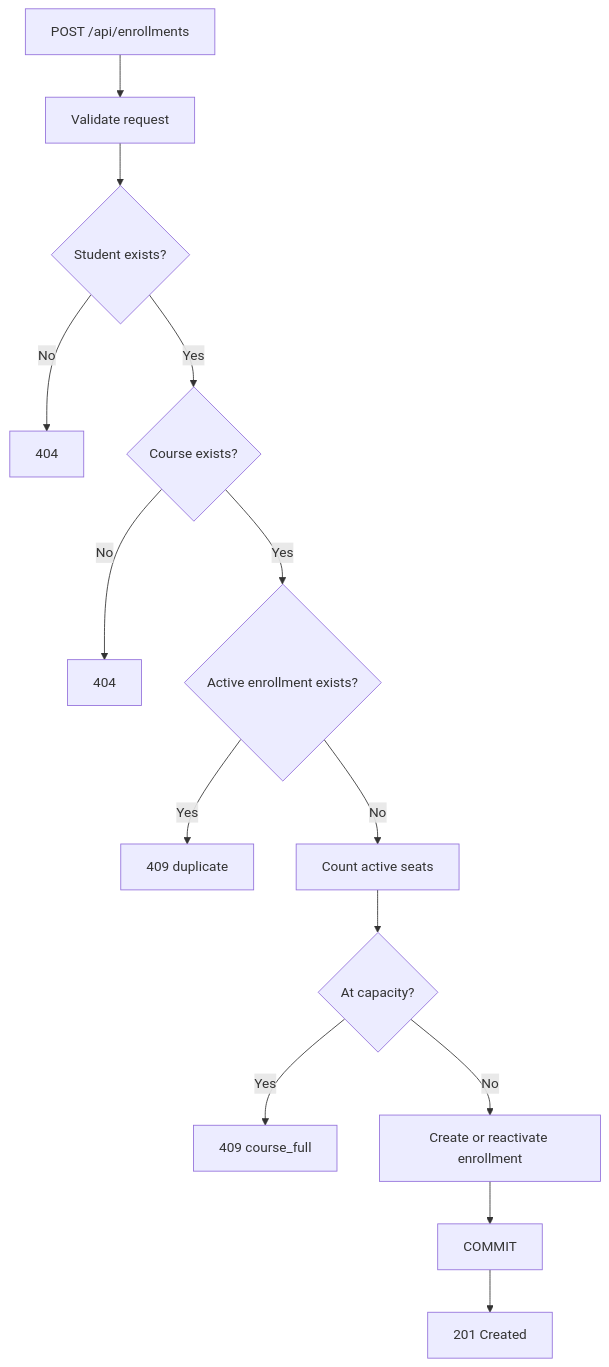
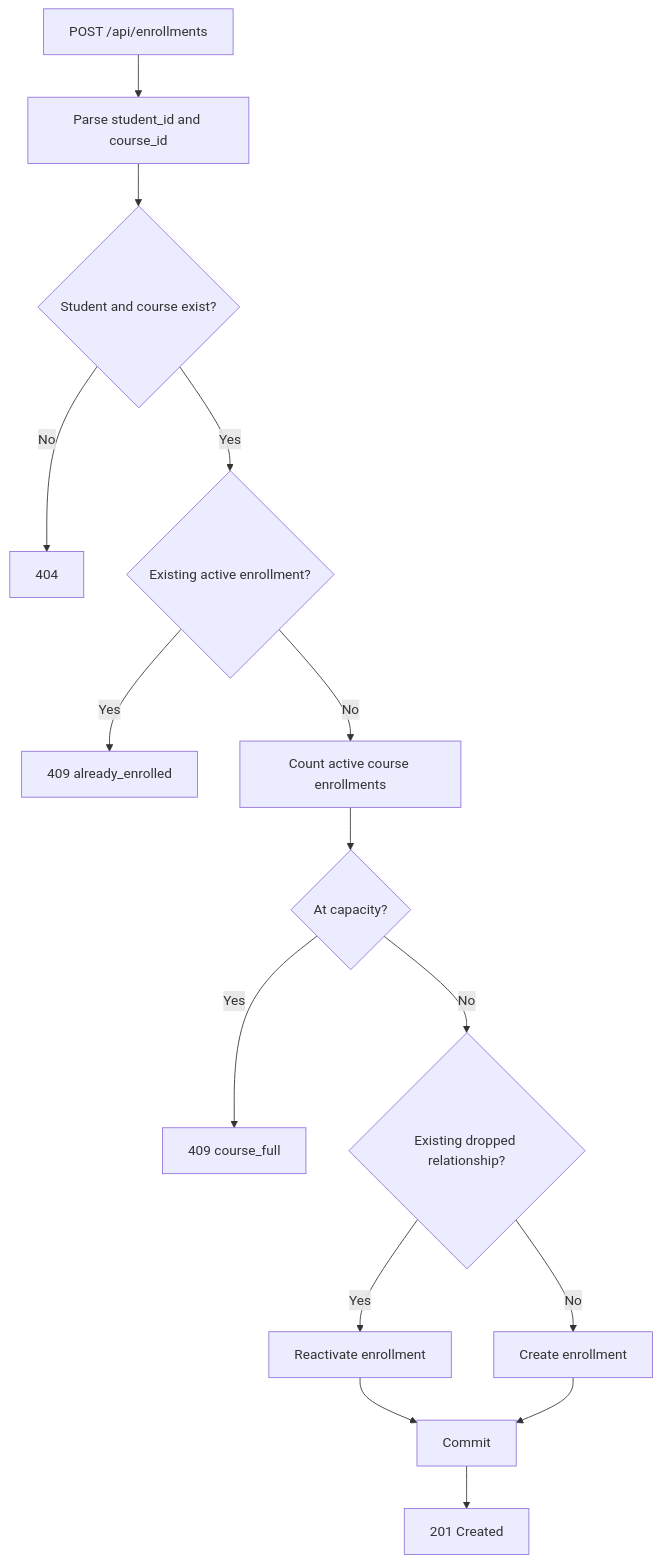
The second of 3 diagrams in README.md (PerpsAkach/course-registration-api), drawn with Mermaid before and after one commit. The commit also changed other lines of this file, not shown here.

````diff
--- a/README.md
+++ b/README.md
@@ -100,16 +98,17 @@
 ```mermaid
 flowchart TD
-    A[POST /api/enrollments] --> B[Validate request]
-    B --> C{Student exists?}
+    A[POST /api/enrollments] --> B[Parse student_id and course_id]
+    B --> C{Student and course exist?}
     C -- No --> C1[404]
-    C -- Yes --> D{Course exists?}
-    D -- No --> D1[404]
-    D -- Yes --> E{Active enrollment exists?}
-    E -- Yes --> E1[409 duplicate]
-    E -- No --> F[Count active seats]
-    F --> G{At capacity?}
-    G -- Yes --> G1[409 course_full]
-    G -- No --> H[Create or reactivate enrollment]
-    H --> I[COMMIT]
-    I --> J[201 Created]
+    C -- Yes --> D{Existing active enrollment?}
+    D -- Yes --> D1[409 already_enrolled]
+    D -- No --> E[Count active course enrollments]
+    E --> F{At capacity?}
+    F -- Yes --> F1[409 course_full]
+    F -- No --> G{Existing dropped relationship?}
+    G -- Yes --> H[Reactivate enrollment]
+    G -- No --> I[Create enrollment]
+    H --> J[Commit]
+    I --> J
+    J --> K[201 Created]
 ```
````
